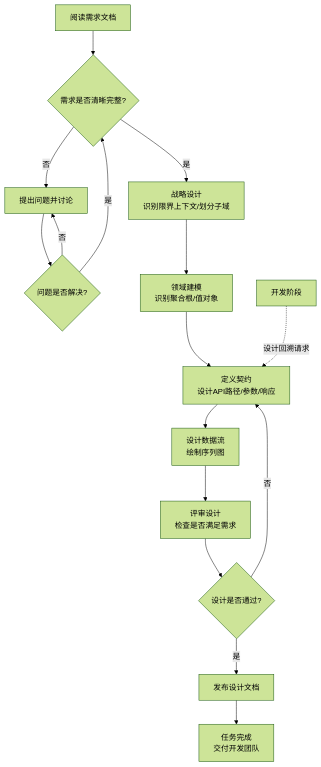
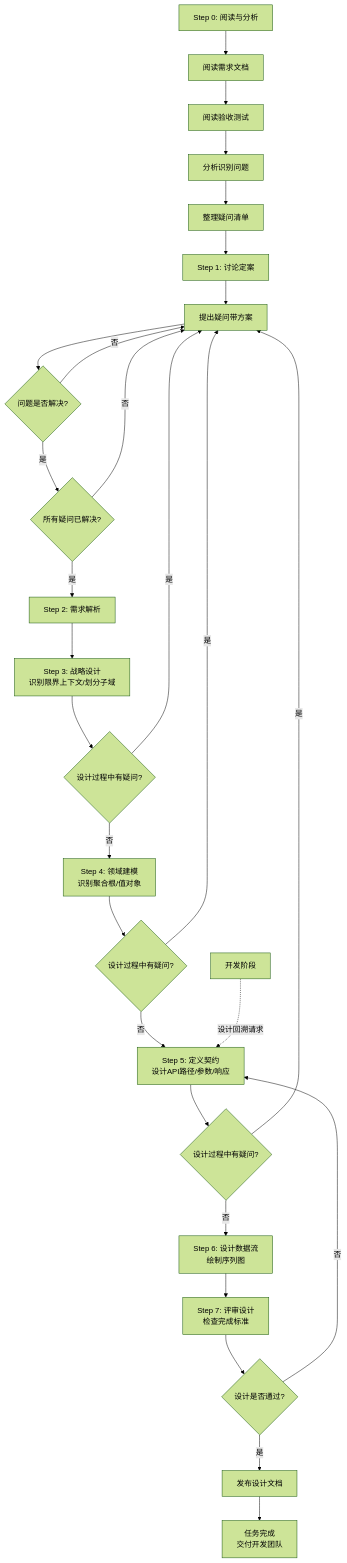
One commit to ZhangColin/ai-teacher-platform changed the diagram in docs/roles/system_architect.md. Above: the diagram before and after it, drawn with Mermaid (forest theme). The commit also changed other lines of this file and 3 other files, not shown here.

````diff
--- a/docs/roles/system_architect.md
+++ b/docs/roles/system_architect.md
@@ -197,20 +247,32 @@
 ```mermaid
 graph TD
-    A[阅读需求文档] --> B{需求是否清晰完整?}
-    B -->|否| C[提出问题并讨论]
-    C --> D{问题是否解决?}
-    D -->|否| C
-    D -->|是| B
-    B -->|是| E[战略设计<br/>识别限界上下文/划分子域]
-    E --> F[领域建模<br/>识别聚合根/值对象]
-    F --> G[定义契约<br/>设计API路径/参数/响应]
-    G --> H[设计数据流<br/>绘制序列图]
-    H --> I[评审设计<br/>检查是否满足需求]
-    I --> J{设计是否通过?}
-    J -- 否 --> G
-    J -- 是 --> K[发布设计文档]
-    K --> L[任务完成<br/>交付开发团队]
+    A[Step 0: 阅读与分析] --> A1[阅读需求文档]
+    A1 --> A2[阅读验收测试]
+    A2 --> A3[分析识别问题]
+    A3 --> A4[整理疑问清单]
+    A4 --> B[Step 1: 讨论定案]
+    B --> B1[提出疑问带方案]
+    B1 --> B2{问题是否解决?}
+    B2 -->|否| B1
+    B2 -->|是| B3{所有疑问已解决?}
+    B3 -->|否| B1
+    B3 -->|是| C[Step 2: 需求解析]
+    C --> D[Step 3: 战略设计<br/>识别限界上下文/划分子域]
+    D --> D1{设计过程中有疑问?}
+    D1 -->|是| B1
+    D1 -->|否| E[Step 4: 领域建模<br/>识别聚合根/值对象]
+    E --> E1{设计过程中有疑问?}
+    E1 -->|是| B1
+    E1 -->|否| F[Step 5: 定义契约<br/>设计API路径/参数/响应]
+    F --> F1{设计过程中有疑问?}
+    F1 -->|是| B1
+    F1 -->|否| G[Step 6: 设计数据流<br/>绘制序列图]
+    G --> H[Step 7: 评审设计<br/>检查完成标准]
+    H --> I{设计是否通过?}
+    I -- 否 --> F
+    I -- 是 --> J[发布设计文档]
+    J --> K[任务完成<br/>交付开发团队]
     
     %% 增加来自下游的反馈闭环
-    Dev[开发阶段] -.->|设计回溯请求| G
+    Dev[开发阶段] -.->|设计回溯请求| F
 ```
````
